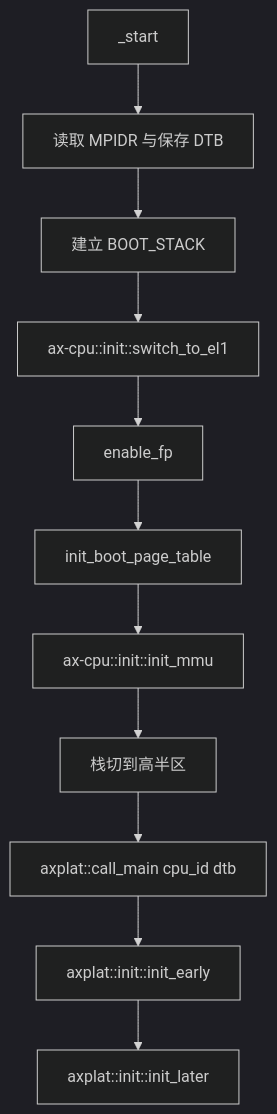
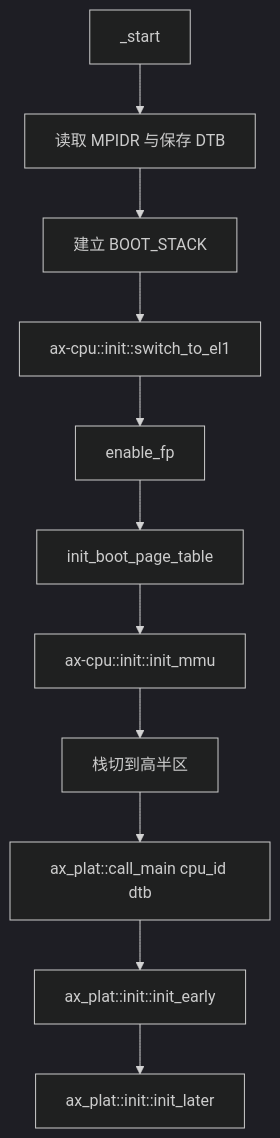
Before and after one commit to zKurisu/tgoskits: the first of 2 diagrams in docs/crates/ax-plat-aarch64-raspi.md, drawn with Mermaid (dark theme). The commit also changed other lines of this file and 199 other files, not shown here.

Commit message:
rename axplat to ax-plat

````diff
--- a/docs/crates/ax-plat-aarch64-raspi.md
+++ b/docs/crates/ax-plat-aarch64-raspi.md
@@ -41,13 +41,13 @@
 ```mermaid
 flowchart TD
     A[_start] --> B[读取 MPIDR 与保存 DTB]
     B --> C[建立 BOOT_STACK]
     C --> D[ax-cpu::init::switch_to_el1]
     D --> E[enable_fp]
     E --> F[init_boot_page_table]
     F --> G[ax-cpu::init::init_mmu]
     G --> H[栈切到高半区]
-    H --> I[axplat::call_main cpu_id dtb]
-    I --> J[axplat::init::init_early]
-    J --> K[axplat::init::init_later]
+    H --> I[ax_plat::call_main cpu_id dtb]
+    I --> J[ax_plat::init::init_early]
+    J --> K[ax_plat::init::init_later]
 ```
````
